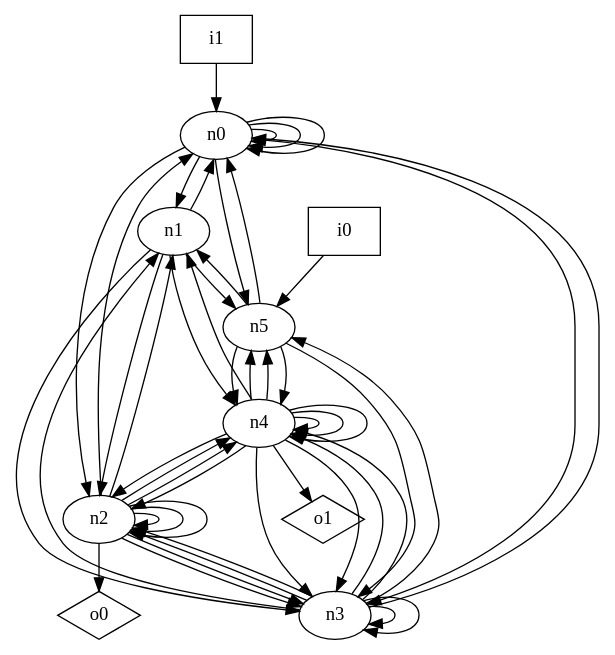
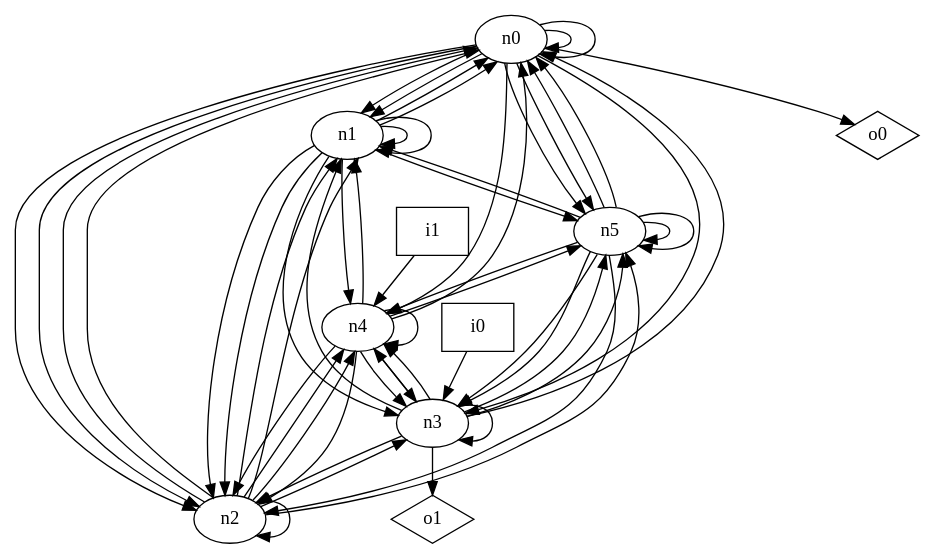
Before and after one commit to p9romain/bool-circuits: the diagram in dot_files/random/random_undirected_graph.dot, drawn with Graphviz. The commit also changed 23 other files, not shown here.

```diff
--- a/dot_files/random/random_undirected_graph.dot
+++ b/dot_files/random/random_undirected_graph.dot
@@ -1,61 +1,69 @@
 digraph G {
 n0 [label="n0"];
 n1 [label="n1"];
 n2 [label="n2"];
 n3 [label="n3"];
 n4 [label="n4"];
 n5 [label="n5"];
 n6 [label="i0",shape="box"];
 n7 [label="i1",shape="box"];
 n8 [label="o0",shape="diamond"];
 n9 [label="o1",shape="diamond"];
 n0 -> n0
 n0 -> n0
-n0 -> n0
+n0 -> n1
 n0 -> n1
 n0 -> n2
+n0 -> n2
 n0 -> n3
+n0 -> n4
 n0 -> n5
+n0 -> n5
+n0 -> n8
 n1 -> n0
+n1 -> n0
+n1 -> n1
+n1 -> n1
+n1 -> n2
 n1 -> n2
 n1 -> n3
 n1 -> n4
 n1 -> n5
 n2 -> n0
+n2 -> n0
+n2 -> n1
 n2 -> n1
 n2 -> n2
-n2 -> n2
-n2 -> n2
-n2 -> n3
 n2 -> n3
 n2 -> n4
 n2 -> n4
-n2 -> n8
+n2 -> n5
 n3 -> n0
 n3 -> n1
 n3 -> n2
-n3 -> n2
-n3 -> n3
 n3 -> n3
 n3 -> n4
 n3 -> n4
 n3 -> n5
+n3 -> n5
+n3 -> n9
+n4 -> n0
 n4 -> n1
 n4 -> n2
 n4 -> n2
 n4 -> n3
 n4 -> n3
 n4 -> n4
-n4 -> n4
-n4 -> n4
 n4 -> n5
-n4 -> n5
-n4 -> n9
+n5 -> n0
 n5 -> n0
 n5 -> n1
+n5 -> n2
+n5 -> n3
 n5 -> n3
 n5 -> n4
-n5 -> n4
-n6 -> n5
-n7 -> n0
+n5 -> n5
+n5 -> n5
+n6 -> n3
+n7 -> n4
 }
```
